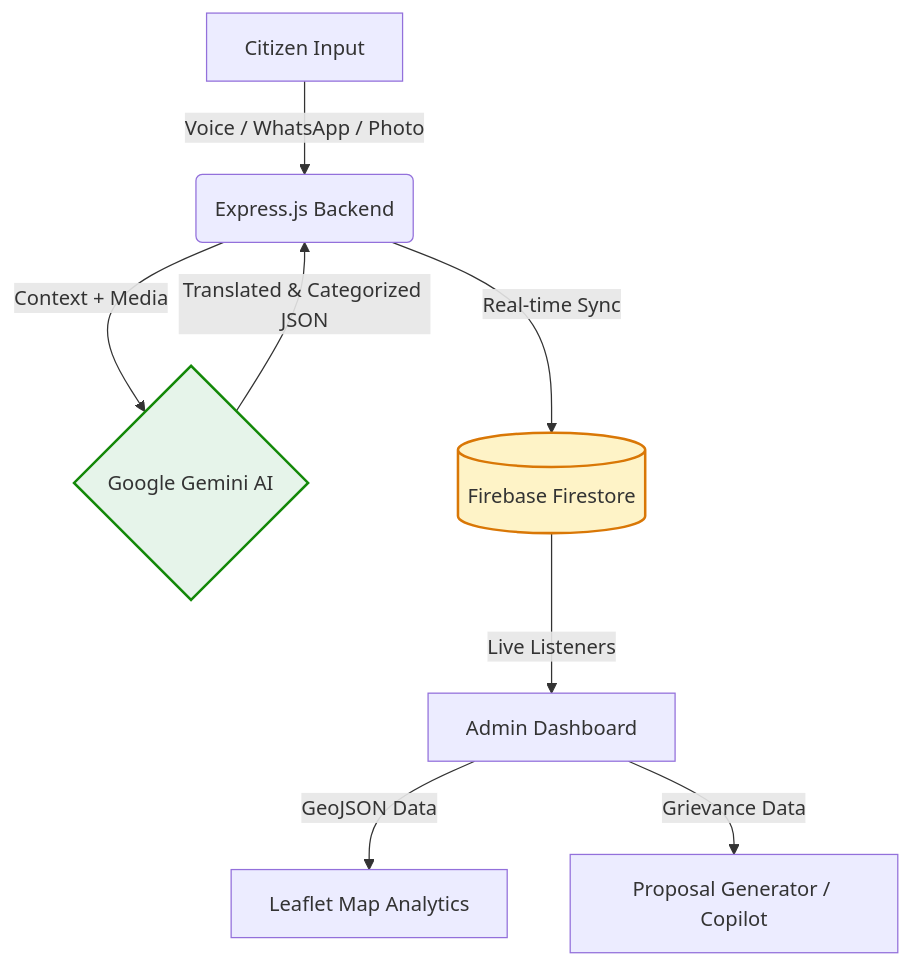
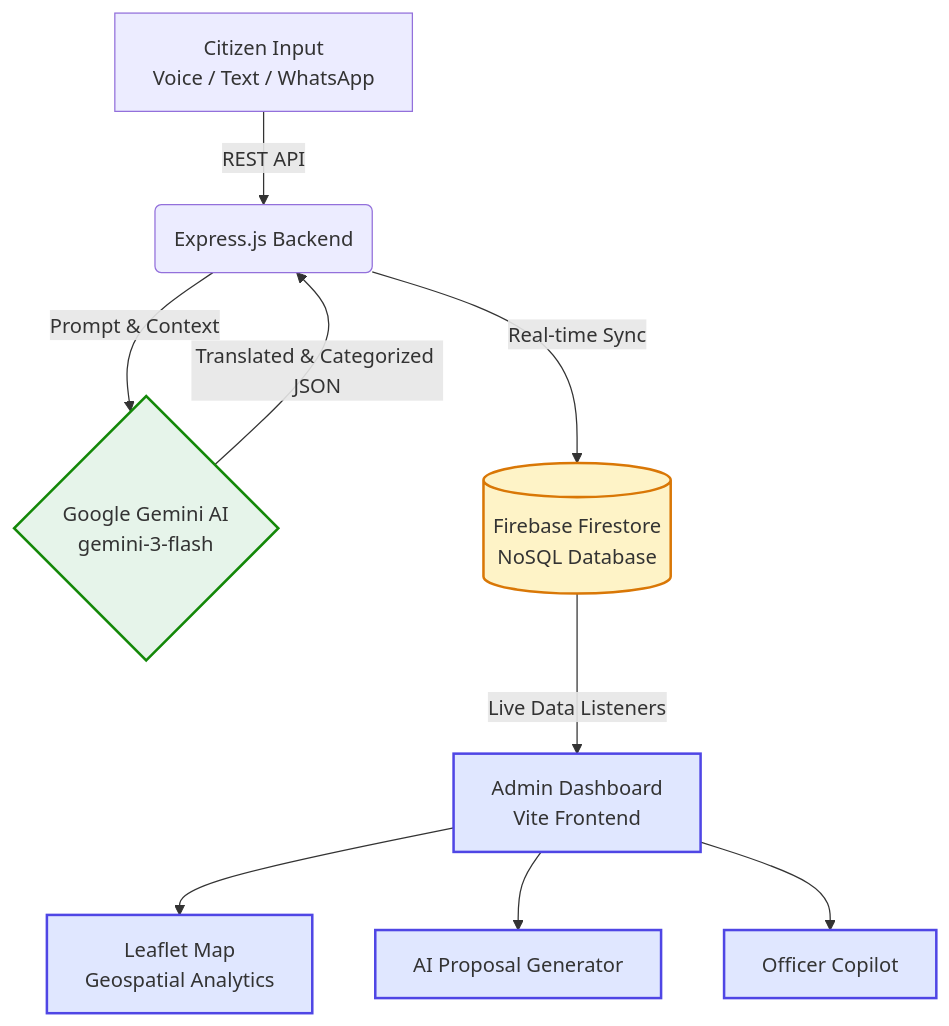
Before and after one commit to jd-thakrar/rajkot-civic-ai: the diagram in README.md, drawn with Mermaid. The commit also changed other lines of this file, not shown here.

````diff
--- a/README.md
+++ b/README.md
@@ -51,15 +50,22 @@
 ```mermaid
 graph TD
-    A[Citizen Input] -->|Voice / WhatsApp / Photo| B(Express.js Backend)
-    B -->|Context + Media| C{Google Gemini AI}
+    %% Nodes
+    A[Citizen Input<br/>Voice / Text / WhatsApp] -->|REST API| B(Express.js Backend)
+    B -->|Prompt & Context| C{Google Gemini AI<br/>gemini-3-flash}
     C -->|Translated & Categorized JSON| B
-    B --> |Real-time Sync| D[(Firebase Firestore)]
-    D --> |Live Listeners| E[Admin Dashboard]
-    E --> |GeoJSON Data| F[Leaflet Map Analytics]
-    E --> |Grievance Data| G[Proposal Generator / Copilot]
+    B -->|Real-time Sync| D[(Firebase Firestore<br/>NoSQL Database)]
+    D -->|Live Data Listeners| E[Admin Dashboard<br/>Vite Frontend]
     
+    %% Dashboard breakdown
+    E --> F[Leaflet Map<br/>Geospatial Analytics]
+    E --> G[AI Proposal Generator]
+    E --> H[Officer Copilot]
+    
+    %% Styling
     classDef ai fill:#e6f4ea,stroke:#138808,stroke-width:2px;
     class C ai;
     classDef db fill:#fef3c7,stroke:#d97706,stroke-width:2px;
     class D db;
+    classDef frontend fill:#e0e7ff,stroke:#4f46e5,stroke-width:2px;
+    class E,F,G,H frontend;
 ```
````
